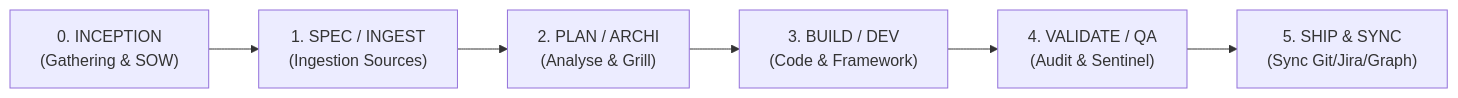
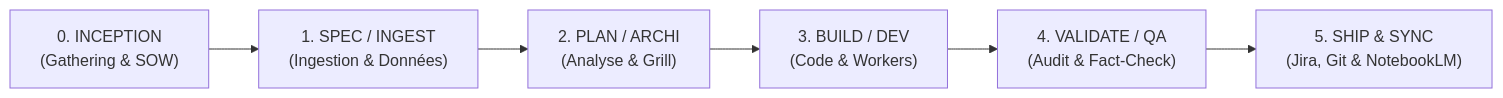
Before and after one commit to Marco-Lefrancois/memory-loop: the diagram in standards/protocols/CLI_PIPELINE_GUIDE.md, drawn with Mermaid. The commit also changed other lines of this file and 5 other files, not shown here.

````diff
--- a/standards/protocols/CLI_PIPELINE_GUIDE.md
+++ b/standards/protocols/CLI_PIPELINE_GUIDE.md
@@ -23,8 +24,8 @@
 ```mermaid
 flowchart LR
-    P0["0. INCEPTION<br>(Gathering & SOW)"] --> P1["1. SPEC / INGEST<br>(Ingestion Sources)"]
+    P0["0. INCEPTION<br>(Gathering & SOW)"] --> P1["1. SPEC / INGEST<br>(Ingestion & Données)"]
     P1 --> P2["2. PLAN / ARCHI<br>(Analyse & Grill)"]
-    P2 --> P3["3. BUILD / DEV<br>(Code & Framework)"]
-    P3 --> P4["4. VALIDATE / QA<br>(Audit & Sentinel)"]
-    P4 --> P5["5. SHIP & SYNC<br>(Sync Git/Jira/Graph)"]
+    P2 --> P3["3. BUILD / DEV<br>(Code & Workers)"]
+    P3 --> P4["4. VALIDATE / QA<br>(Audit & Fact-Check)"]
+    P4 --> P5["5. SHIP & SYNC<br>(Jira, Git & NotebookLM)"]
 ```
````
